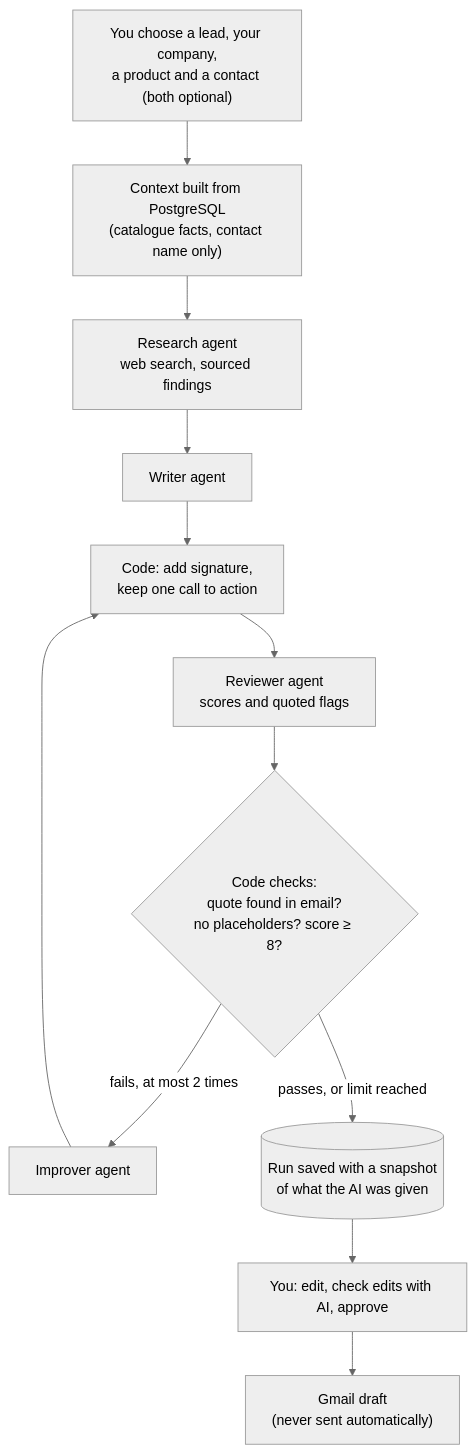
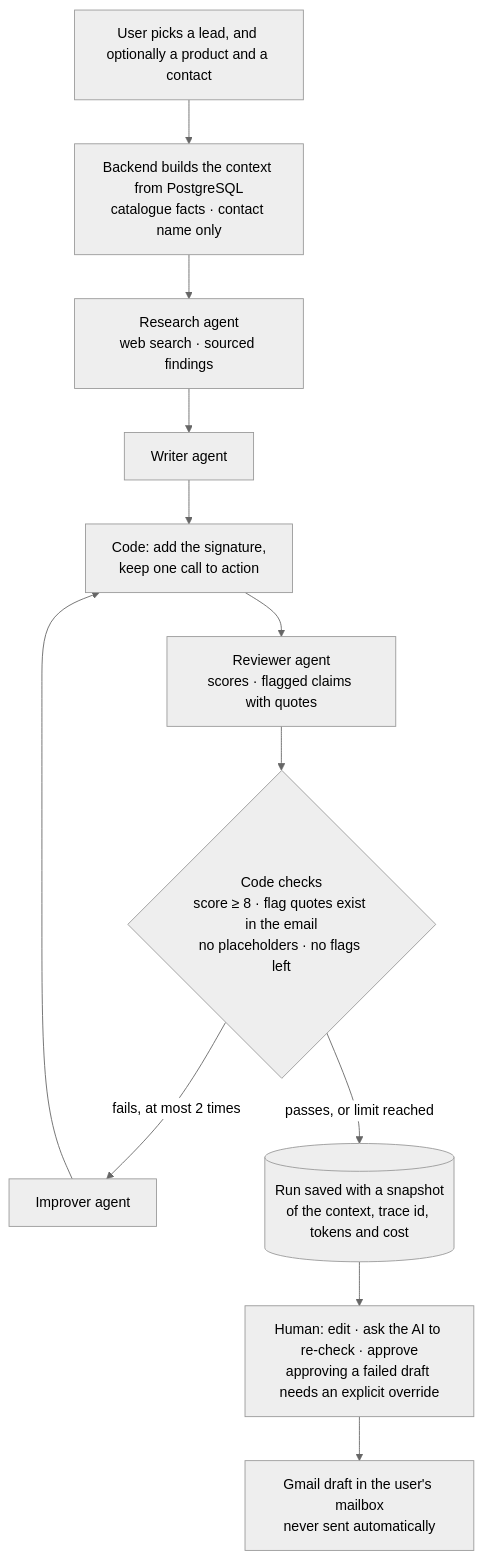
Before and after one commit to seyyednavid/ai-outreach-platform: the first of 2 diagrams in README.md, drawn with Mermaid (neutral theme). The commit also changed other lines of this file and 31 other files, not shown here.

First line of the commit message:
docs: add architecture, deployment, E2E report and demo media [skip ci]

````diff
--- a/README.md
+++ b/README.md
@@ -24,14 +60,14 @@
 ```mermaid
 flowchart TD
-    U["You choose a lead, your company,<br/>a product and a contact (both optional)"] --> CTX["Context built from PostgreSQL<br/>(catalogue facts, contact name only)"]
-    CTX --> R["Research agent<br/>web search, sourced findings"]
+    U["User picks a lead, and optionally a product and a contact"] --> CTX["Backend builds the context from PostgreSQL<br/>catalogue facts · contact name only"]
+    CTX --> R["Research agent<br/>web search · sourced findings"]
     R --> W["Writer agent"]
-    W --> F["Code: add signature,<br/>keep one call to action"]
-    F --> V["Reviewer agent<br/>scores and quoted flags"]
-    V --> C{"Code checks:<br/>quote found in email?<br/>no placeholders? score ≥ 8?"}
+    W --> F["Code: add the signature,<br/>keep one call to action"]
+    F --> V["Reviewer agent<br/>scores · flagged claims with quotes"]
+    V --> C{"Code checks<br/>score ≥ 8 · flag quotes exist in the email<br/>no placeholders · no flags left"}
     C -- "fails, at most 2 times" --> I["Improver agent"]
     I --> F
-    C -- "passes, or limit reached" --> DB[("Run saved with a snapshot<br/>of what the AI was given")]
-    DB --> H["You: edit, check edits with AI, approve"]
-    H --> G["Gmail draft<br/>(never sent automatically)"]
+    C -- "passes, or limit reached" --> S[("Run saved with a snapshot<br/>of the context, trace id, tokens and cost")]
+    S --> H["Human: edit · ask the AI to re-check · approve<br/>approving a failed draft needs an explicit override"]
+    H --> G["Gmail draft in the user's mailbox<br/>never sent automatically"]
 ```
````
